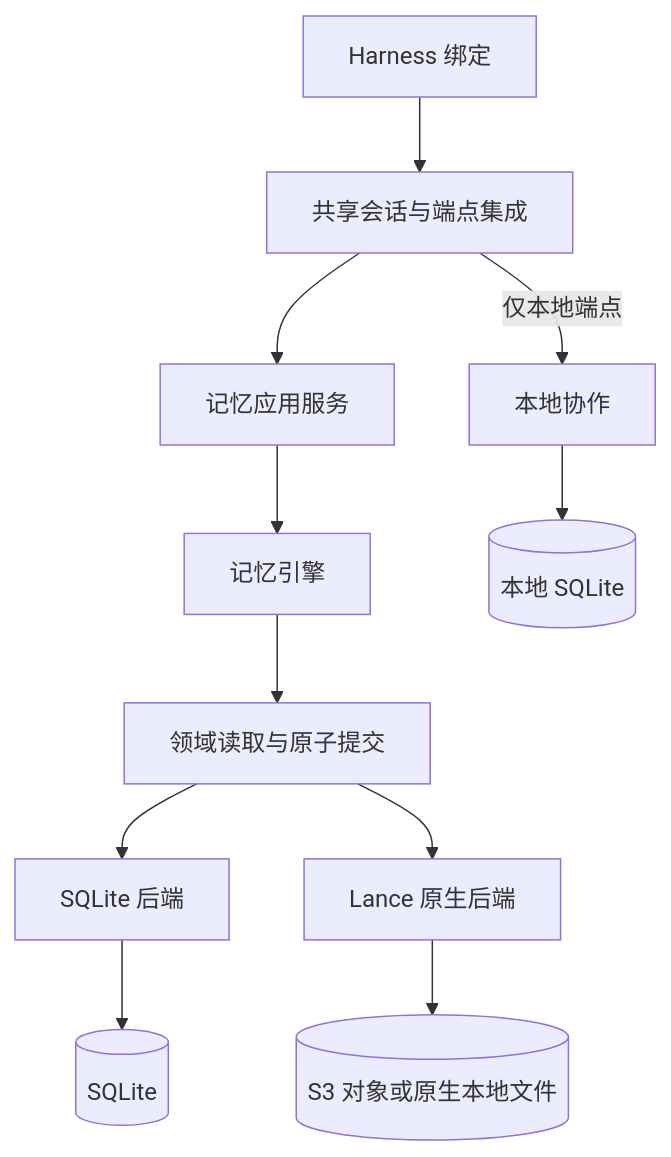
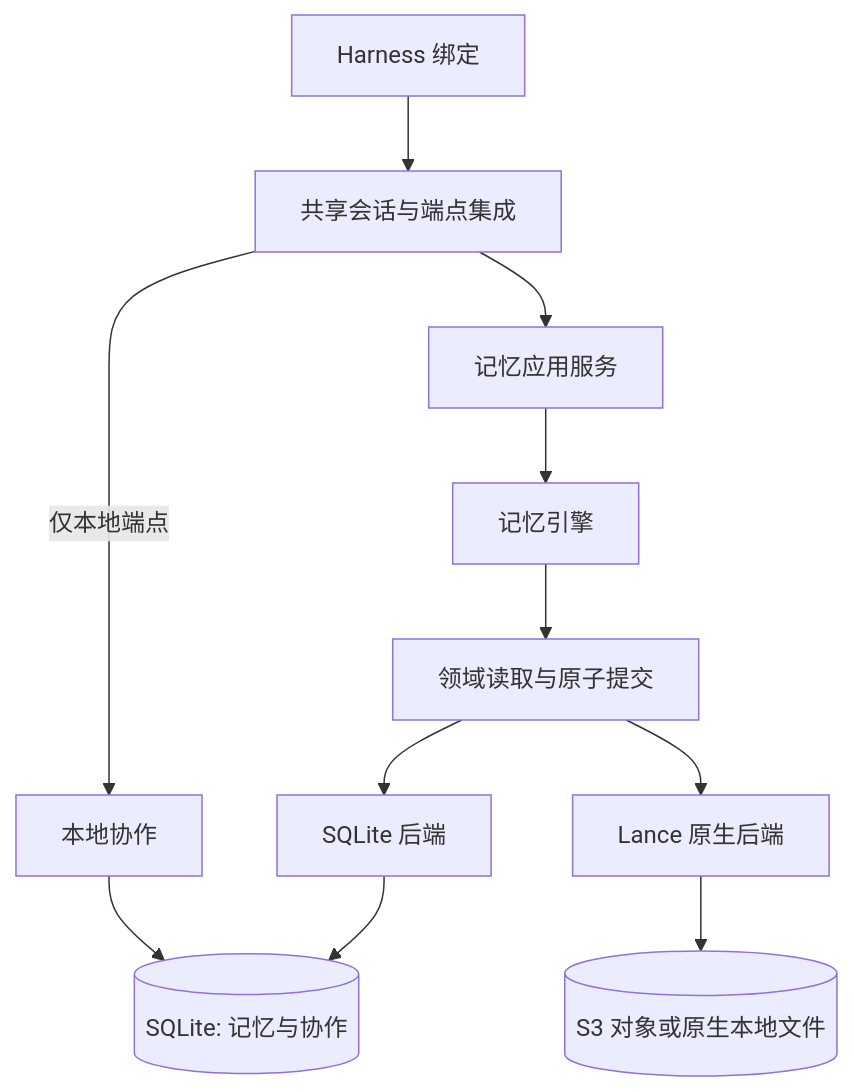
The diagram in docs/design/unified-architecture/native-backends.zh-CN.md (wefio/NodeMemoryGraph), drawn with Mermaid before and after one commit. The commit also changed other lines of this file and 11 other files, not shown here.

First line of the commit message:
fix(storage): share local SQLite between memory and coordination

````diff
--- a/docs/design/unified-architecture/native-backends.zh-CN.md
+++ b/docs/design/unified-architecture/native-backends.zh-CN.md
@@ -12,13 +12,13 @@
 ```mermaid
 flowchart TB
   Harness[Harness 绑定] --> Shared[共享会话与端点集成]
   Shared --> Service[记忆应用服务]
   Service --> Engine[记忆引擎]
   Engine --> Contract[领域读取与原子提交]
   Contract --> SQLite[SQLite 后端]
   Contract --> Lance[Lance 原生后端]
-  SQLite --> DB[(SQLite)]
+  SQLite --> DB[(SQLite: 记忆与协作)]
   Lance --> Objects[(S3 对象或原生本地文件)]
   Shared -->|仅本地端点| Coordination[本地协作]
-  Coordination --> LocalDB[(本地 SQLite)]
+  Coordination --> DB
 ```
````
